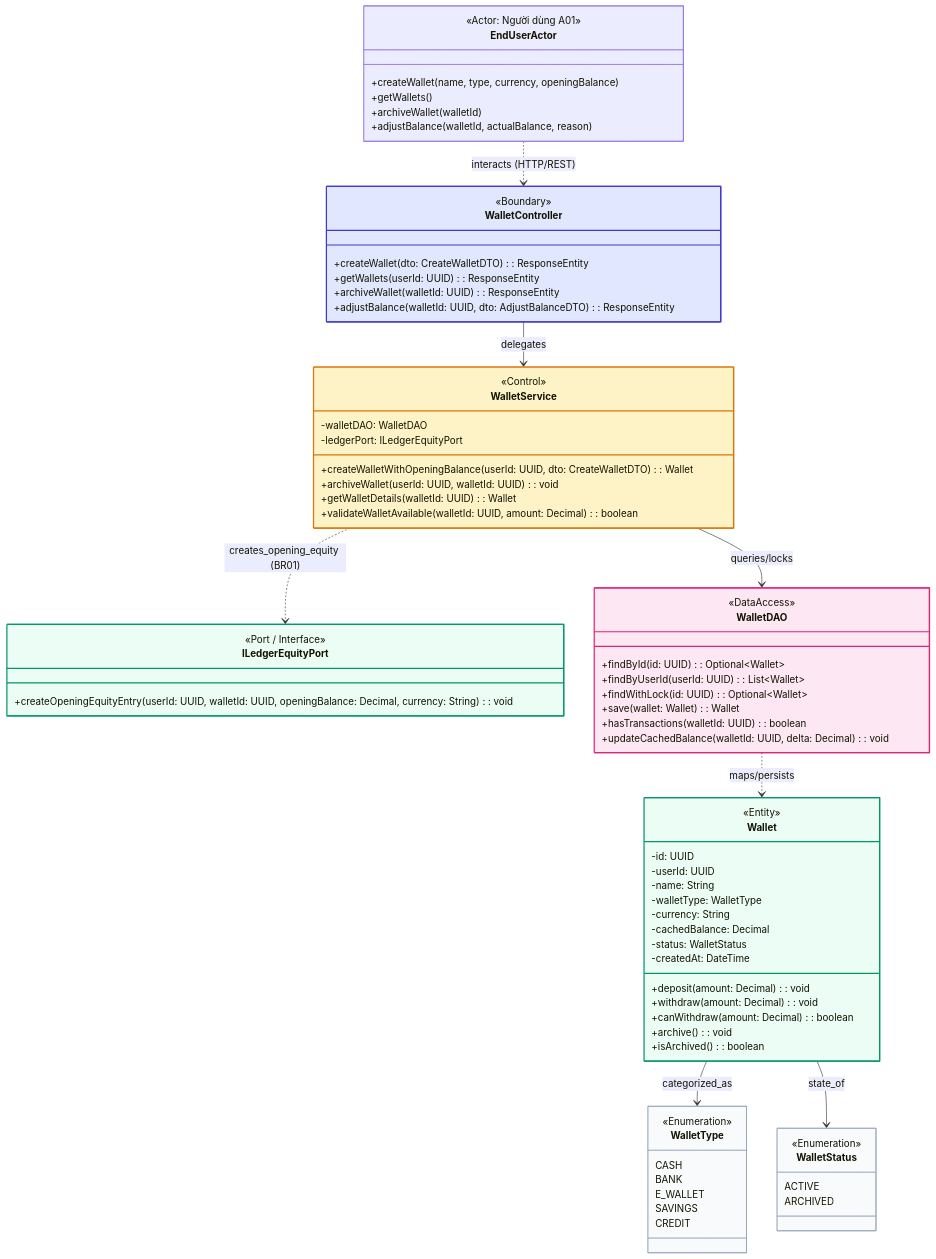
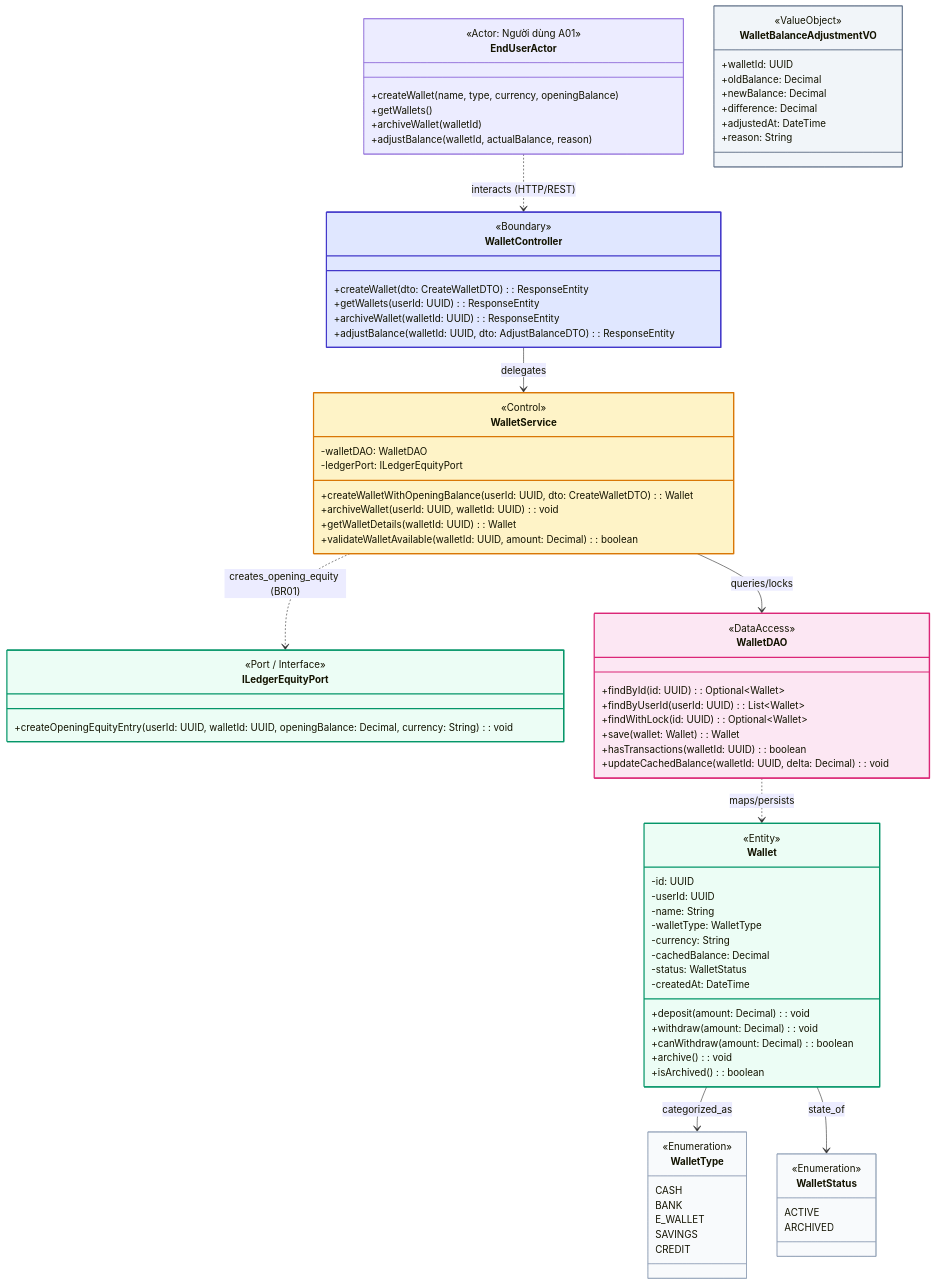
The diagram in docs/02_elaboration/uml_modeling/class_diagram/sources/cd02_wallet_management.mmd (huytothevoz/SE---Microfinance-Personal-Wealth-Expense-Tracker), drawn with Mermaid before and after one commit. The commit also changed 5 other files, not shown here.

Commit message:
docs(uml): perfect class-to-style alignment and value objects across CD02-CD04

```diff
--- a/docs/02_elaboration/uml_modeling/class_diagram/sources/cd02_wallet_management.mmd
+++ b/docs/02_elaboration/uml_modeling/class_diagram/sources/cd02_wallet_management.mmd
@@ -1,113 +1,123 @@
 classDiagram
     direction TB
 
     %% ==========================================
     %% ACTORS (Tác nhân tương tác)
     %% ==========================================
     class EndUserActor {
         <<Actor: Người dùng A01>>
         +createWallet(name, type, currency, openingBalance)
         +getWallets()
         +archiveWallet(walletId)
         +adjustBalance(walletId, actualBalance, reason)
     }
 
     %% ==========================================
     %% BOUNDARY LAYER (Controllers)
     %% ==========================================
     class WalletController {
         <<Boundary>>
         +createWallet(dto: CreateWalletDTO): ResponseEntity
         +getWallets(userId: UUID): ResponseEntity
         +archiveWallet(walletId: UUID): ResponseEntity
         +adjustBalance(walletId: UUID, dto: AdjustBalanceDTO): ResponseEntity
     }
 
     %% ==========================================
     %% CONTROL LAYER (Services)
     %% ==========================================
     class WalletService {
         <<Control>>
         -walletDAO: WalletDAO
         -ledgerPort: ILedgerEquityPort
         +createWalletWithOpeningBalance(userId: UUID, dto: CreateWalletDTO): Wallet
         +archiveWallet(userId: UUID, walletId: UUID): void
         +getWalletDetails(walletId: UUID): Wallet
         +validateWalletAvailable(walletId: UUID, amount: Decimal): boolean
     }
 
     class ILedgerEquityPort {
         <<Port / Interface>>
         +createOpeningEquityEntry(userId: UUID, walletId: UUID, openingBalance: Decimal, currency: String): void
     }
 
     %% ==========================================
     %% DATA ACCESS LAYER (DAOs)
     %% ==========================================
     class WalletDAO {
         <<DataAccess>>
         +findById(id: UUID): Optional~Wallet~
         +findByUserId(userId: UUID): List~Wallet~
         +findWithLock(id: UUID): Optional~Wallet~
         +save(wallet: Wallet): Wallet
         +hasTransactions(walletId: UUID): boolean
         +updateCachedBalance(walletId: UUID, delta: Decimal): void
     }
 
     %% ==========================================
     %% DOMAIN ENTITIES & VALUE OBJECTS
     %% ==========================================
     class Wallet {
         <<Entity>>
         -id: UUID
         -userId: UUID
         -name: String
         -walletType: WalletType
         -currency: String
         -cachedBalance: Decimal
         -status: WalletStatus
         -createdAt: DateTime
         +deposit(amount: Decimal): void
         +withdraw(amount: Decimal): void
         +canWithdraw(amount: Decimal): boolean
         +archive(): void
         +isArchived(): boolean
     }
 
+    class WalletBalanceAdjustmentVO {
+        <<ValueObject>>
+        +walletId: UUID
+        +oldBalance: Decimal
+        +newBalance: Decimal
+        +difference: Decimal
+        +adjustedAt: DateTime
+        +reason: String
+    }
+
     class WalletType {
         <<Enumeration>>
         CASH
         BANK
         E_WALLET
         SAVINGS
         CREDIT
     }
 
     class WalletStatus {
         <<Enumeration>>
         ACTIVE
         ARCHIVED
     }
 
     %% ==========================================
     %% RELATIONSHIPS & INTERACTIONS
     %% ==========================================
     EndUserActor ..> WalletController : interacts (HTTP/REST)
     WalletController --> WalletService : delegates
     WalletService --> WalletDAO : queries/locks
     WalletService ..> ILedgerEquityPort : creates_opening_equity (BR01)
     WalletDAO ..> Wallet : maps/persists
     Wallet --> WalletType : categorized_as
     Wallet --> WalletStatus : state_of
 
     %% ==========================================
     %% STYLES & HIGHLIGHTS (BCE+D Color Palette)
     %% ==========================================
     style WalletController fill:#E0E7FF,stroke:#4338CA,stroke-width:2px
     style WalletService fill:#FEF3C7,stroke:#D97706,stroke-width:2px
     style ILedgerEquityPort fill:#ECFDF5,stroke:#059669,stroke-width:2px
     style WalletDAO fill:#FCE7F3,stroke:#DB2777,stroke-width:2px
     style Wallet fill:#ECFDF5,stroke:#059669,stroke-width:2px
     style WalletBalanceAdjustmentVO fill:#F1F5F9,stroke:#64748B,stroke-width:1px
     style WalletType fill:#F8FAFC,stroke:#94A3B8,stroke-width:1px
     style WalletStatus fill:#F8FAFC,stroke:#94A3B8,stroke-width:1px
```
